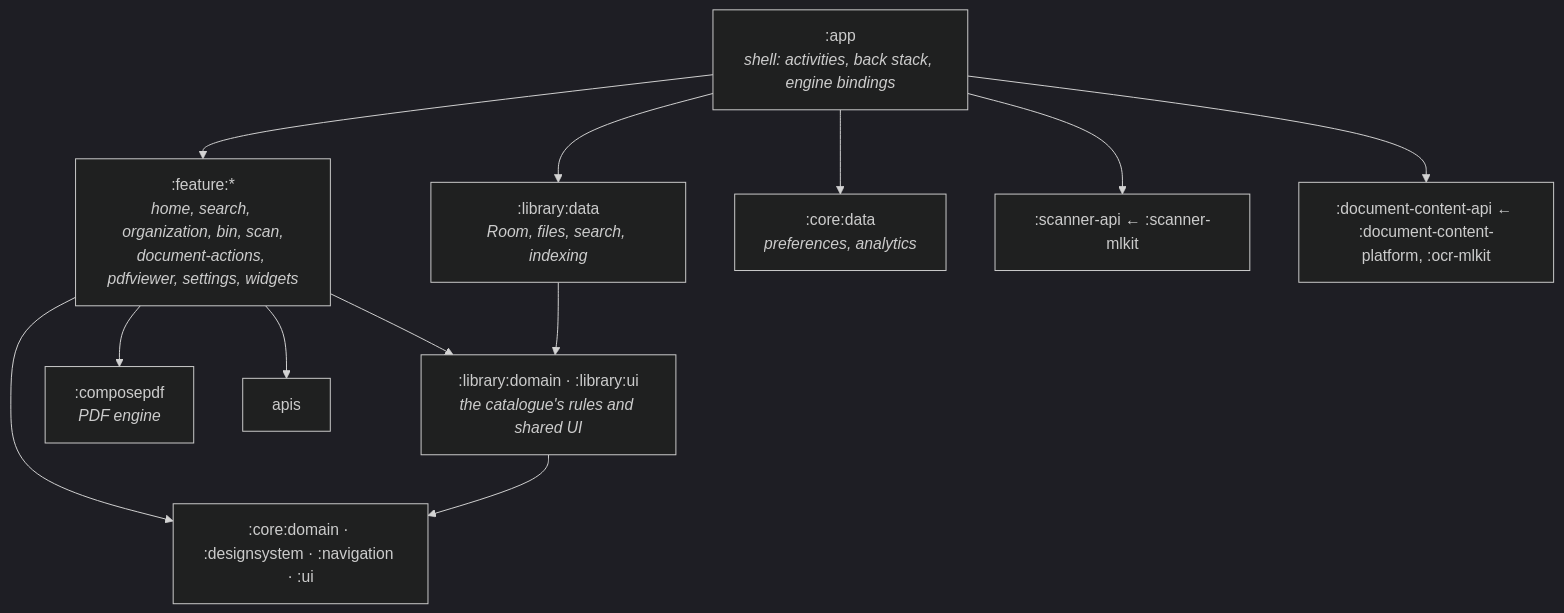
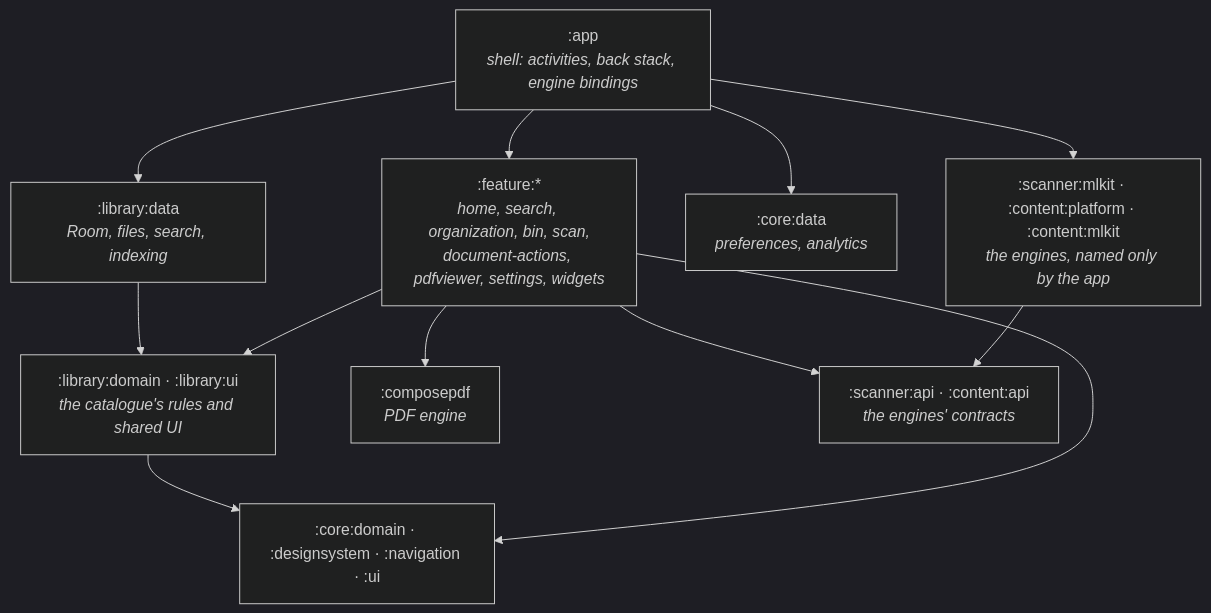
One commit to BobbyESP/Docucraft changed the diagram in README.md. Above: the diagram before and after it, drawn with Mermaid (dark theme). The commit also changed 49 other files, not shown here.

````diff
--- a/README.md
+++ b/README.md
@@ -161,24 +161,24 @@
 ```mermaid
 graph TD
     app[":app<br/><i>shell: activities, back stack, engine bindings</i>"]
     features[":feature:*<br/><i>home, search, organization, bin, scan,<br/>document-actions, pdfviewer, settings, widgets</i>"]
     library[":library:domain · :library:ui<br/><i>the catalogue's rules and shared UI</i>"]
     libraryData[":library:data<br/><i>Room, files, search, indexing</i>"]
     core[":core:domain · :designsystem · :navigation · :ui"]
     coreData[":core:data<br/><i>preferences, analytics</i>"]
     composepdf[":composepdf<br/><i>PDF engine</i>"]
-    scanner[":scanner-api ← :scanner-mlkit"]
-    content[":document-content-api ← :document-content-platform, :ocr-mlkit"]
+    apis[":scanner:api · :content:api<br/><i>the engines' contracts</i>"]
+    engines[":scanner:mlkit · :content:platform · :content:mlkit<br/><i>the engines, named only by the app</i>"]
 
     app --> features
     app --> libraryData
     app --> coreData
-    app --> scanner
-    app --> content
+    app --> engines
+    engines --> apis
     features --> apis
     features --> library
     features --> core
     features --> composepdf
     libraryData --> library
     library --> core
 ```
````
